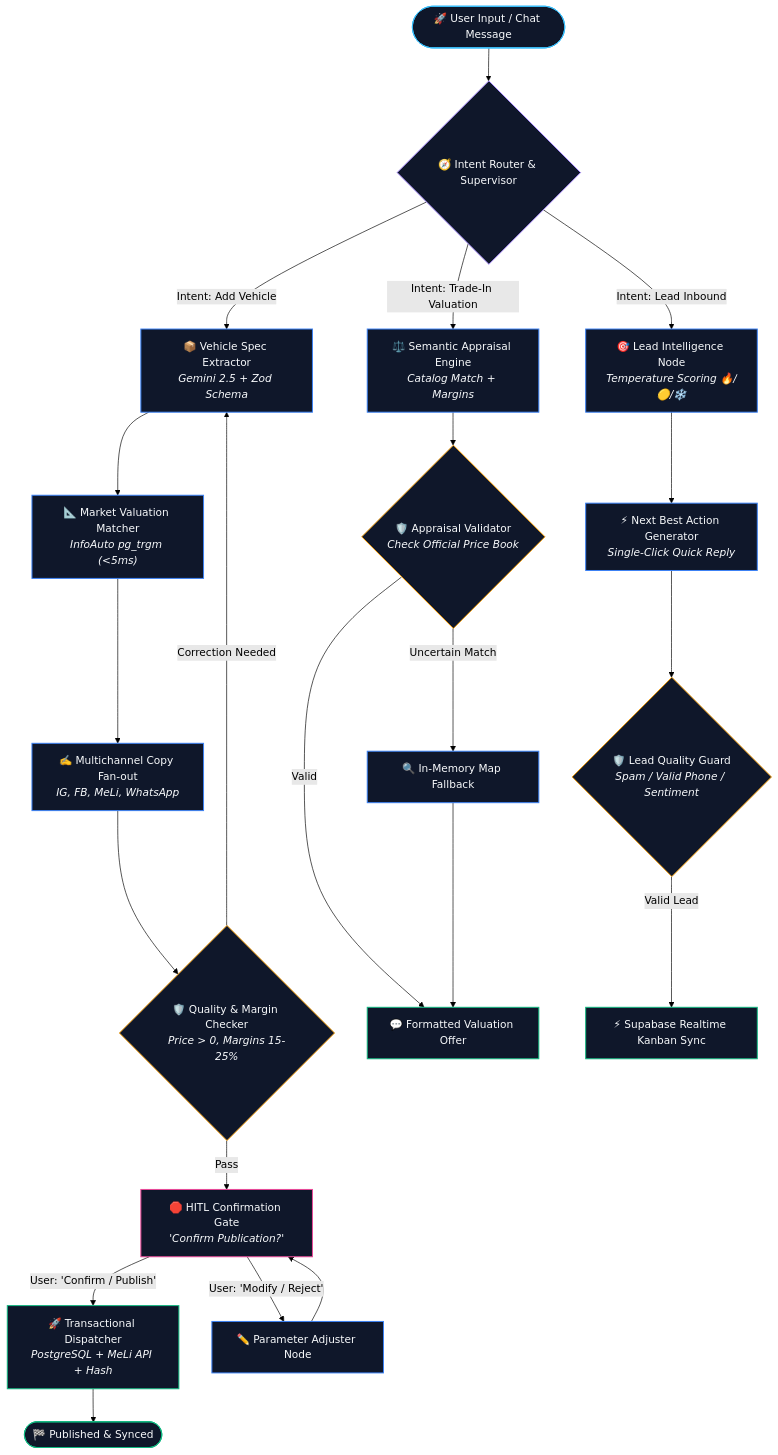
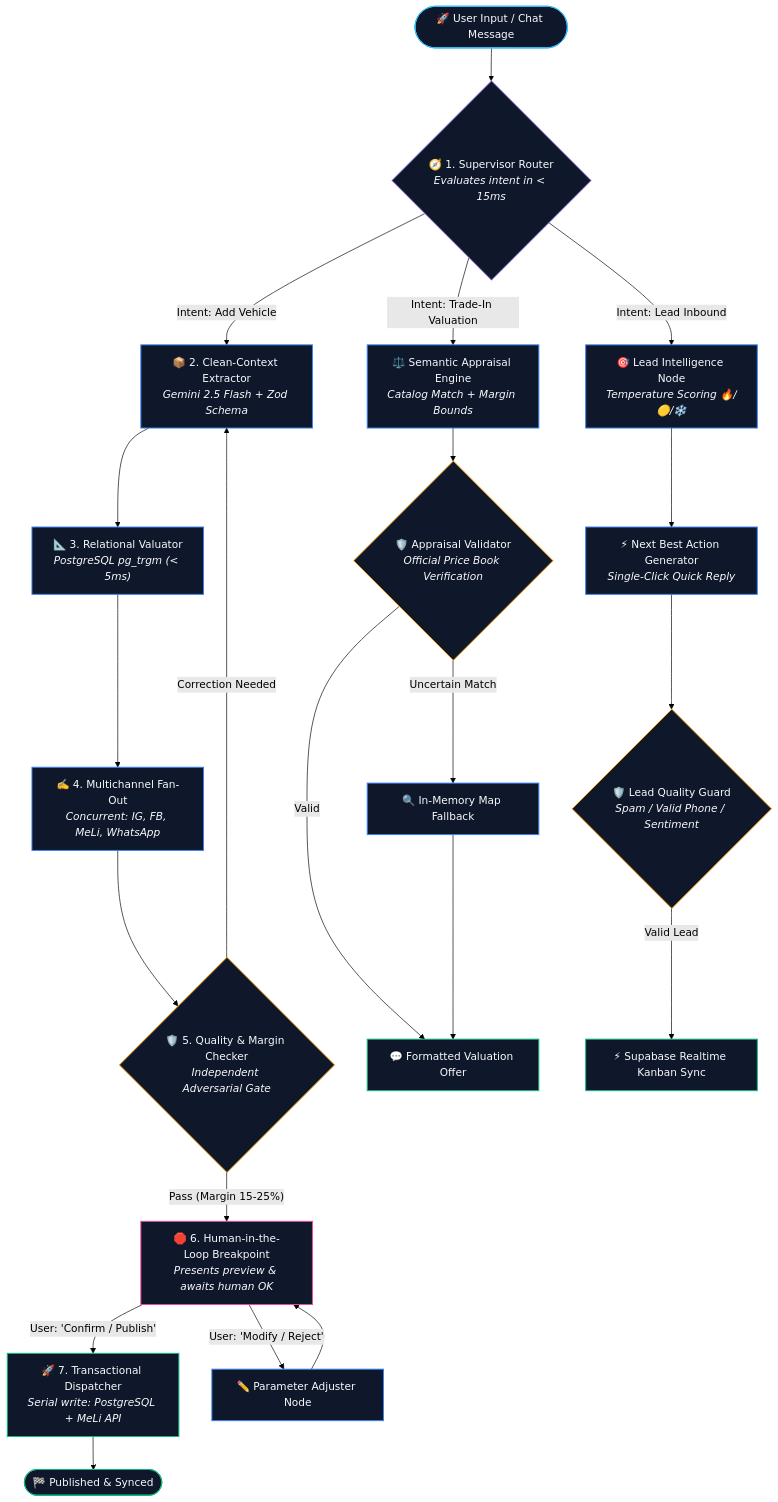
One commit to thomasskarp/autoapp changed the diagram in AGENT_GRAPH.md. Above: the diagram before and after it, drawn with Mermaid (forest theme). The commit also changed other lines of this file, not shown here.

Commit message:
docs(architecture): update production agentic AI architecture blueprint and state machine

````diff
--- a/AGENT_GRAPH.md
+++ b/AGENT_GRAPH.md
@@ -22,40 +39,40 @@
 ```mermaid
 flowchart TD
     classDef start fill:#0f172a,stroke:#38bdf8,stroke-width:1.5px,color:#f8fafc;
     classDef router fill:#0f172a,stroke:#a78bfa,stroke-width:1.5px,color:#f8fafc;
     classDef worker fill:#0f172a,stroke:#3b82f6,stroke-width:1.5px,color:#f8fafc;
     classDef checker fill:#0f172a,stroke:#f59e0b,stroke-width:1.5px,color:#f8fafc;
     classDef hitl fill:#0f172a,stroke:#ec4899,stroke-width:1.5px,color:#f8fafc;
     classDef sink fill:#0f172a,stroke:#10b981,stroke-width:1.5px,color:#f8fafc;
 
-    START(["🚀 User Input / Chat Message"]):::start --> ROUTER{"🧭 Intent Router & Supervisor"}:::router
+    START(["🚀 User Input / Chat Message"]):::start --> ROUTER{"🧭 1. Supervisor Router<br/><i>Evaluates intent in < 15ms</i>"}:::router
 
     %% Stock Ingestion Subgraph
-    ROUTER -->|"Intent: Add Vehicle"| PARSER["📦 Vehicle Spec Extractor<br/><i>Gemini 2.5 + Zod Schema</i>"]:::worker
-    PARSER --> VALUATOR["📐 Market Valuation Matcher<br/><i>InfoAuto pg_trgm (<5ms)</i>"]:::worker
-    VALUATOR --> COPY_GEN["✍️ Multichannel Copy Fan-out<br/><i>IG, FB, MeLi, WhatsApp</i>"]:::worker
+    ROUTER -->|"Intent: Add Vehicle"| PARSER["📦 2. Clean-Context Extractor<br/><i>Gemini 2.5 Flash + Zod Schema</i>"]:::worker
+    PARSER --> VALUATOR["📐 3. Relational Valuator<br/><i>PostgreSQL pg_trgm (< 5ms)</i>"]:::worker
+    VALUATOR --> COPY_GEN["✍️ 4. Multichannel Fan-Out<br/><i>Concurrent: IG, FB, MeLi, WhatsApp</i>"]:::worker
     
     %% Independent Checker Gate
-    COPY_GEN --> STOCK_CHECKER{"🛡️ Quality & Margin Checker<br/><i>Price > 0, Margins 15-25%</i>"}:::checker
-    STOCK_CHECKER -->|"Pass"| HITL_STOCK["🛑 HITL Confirmation Gate<br/><i>'Confirm Publication?'</i>"]:::hitl
+    COPY_GEN --> STOCK_CHECKER{"🛡️ 5. Quality & Margin Checker<br/><i>Independent Adversarial Gate</i>"}:::checker
+    STOCK_CHECKER -->|"Pass (Margin 15-25%)"| HITL_STOCK["🛑 6. Human-in-the-Loop Breakpoint<br/><i>Presents preview & awaits human OK</i>"]:::hitl
     STOCK_CHECKER -->|"Correction Needed"| PARSER
 
     %% Trade-In Valuation Subgraph
-    ROUTER -->|"Intent: Trade-In Valuation"| APPRAISAL["⚖️ Semantic Appraisal Engine<br/><i>Catalog Match + Margins</i>"]:::worker
-    APPRAISAL --> APPRAISAL_CHECKER{"🛡️ Appraisal Validator<br/><i>Check Official Price Book</i>"}:::checker
+    ROUTER -->|"Intent: Trade-In Valuation"| APPRAISAL["⚖️ Semantic Appraisal Engine<br/><i>Catalog Match + Margin Bounds</i>"]:::worker
+    APPRAISAL --> APPRAISAL_CHECKER{"🛡️ Appraisal Validator<br/><i>Official Price Book Verification</i>"}:::checker
     APPRAISAL_CHECKER -->|"Valid"| APPRAISAL_REPLY["💬 Formatted Valuation Offer"]:::sink
     APPRAISAL_CHECKER -->|"Uncertain Match"| FUZZY_FALLBACK["🔍 In-Memory Map Fallback"]:::worker
     FUZZY_FALLBACK --> APPRAISAL_REPLY
 
     %% CRM Lead Intelligence Subgraph
     ROUTER -->|"Intent: Lead Inbound"| LEAD_INTEL["🎯 Lead Intelligence Node<br/><i>Temperature Scoring 🔥/🟡/❄️</i>"]:::worker
     LEAD_INTEL --> NBA["⚡ Next Best Action Generator<br/><i>Single-Click Quick Reply</i>"]:::worker
     NBA --> CRM_CHECKER{"🛡️ Lead Quality Guard<br/><i>Spam / Valid Phone / Sentiment</i>"}:::checker
     CRM_CHECKER -->|"Valid Lead"| LEAD_DISPATCH["⚡ Supabase Realtime Kanban Sync"]:::sink
 
     %% Human Confirmation & Transactional Execution
-    HITL_STOCK -->|"User: 'Confirm / Publish'"| EXEC_DISPATCH["🚀 Transactional Dispatcher<br/><i>PostgreSQL + MeLi API + Hash</i>"]:::sink
+    HITL_STOCK -->|"User: 'Confirm / Publish'"| EXEC_DISPATCH["🚀 7. Transactional Dispatcher<br/><i>Serial write: PostgreSQL + MeLi API</i>"]:::sink
     HITL_STOCK -->|"User: 'Modify / Reject'"| EDIT_NODE["✏️ Parameter Adjuster Node"]:::worker
     EDIT_NODE --> HITL_STOCK
     EXEC_DISPATCH --> TERMINAL(["🏁 Published & Synced"]):::sink
 ```
````
